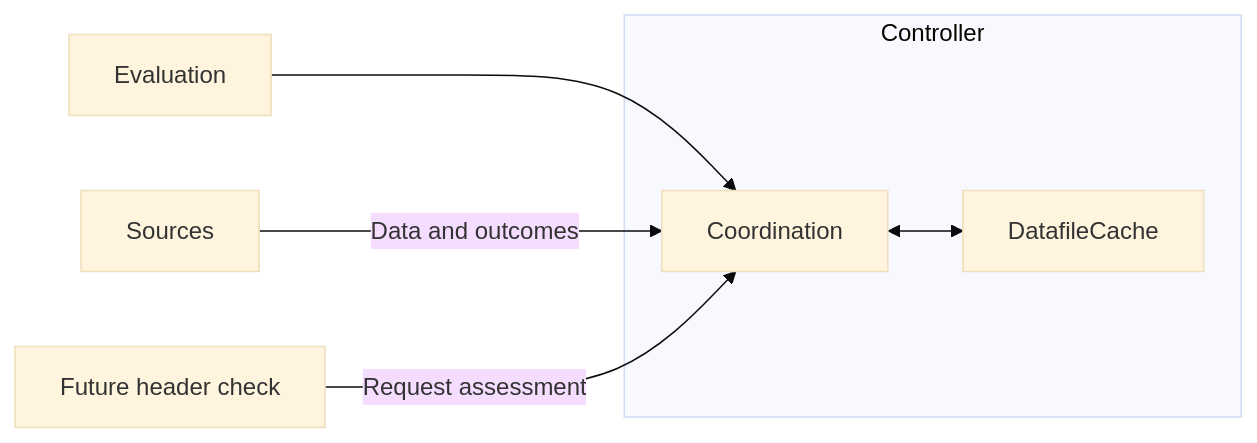
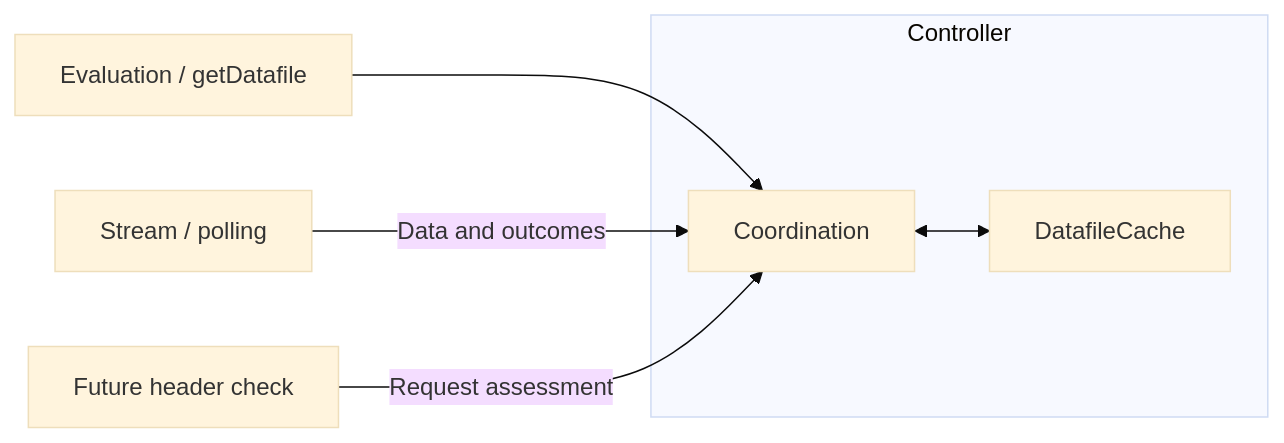
One commit to vercel/flags changed the diagram in packages/vercel-flags-core/src/controller/datafile-cache.md. Above: the diagram before and after it, drawn with Mermaid (base theme). The commit also changed other lines of this file and 9 other files, not shown here.

Commit message:
feat(flags-core): unify stream and polling cache reads

````diff
--- a/packages/vercel-flags-core/src/controller/datafile-cache.md
+++ b/packages/vercel-flags-core/src/controller/datafile-cache.md
@@ -9,9 +9,9 @@
 ```mermaid
 flowchart LR
-    E[Evaluation] --> C
-    S[Sources] -->|Data and outcomes| C
+    E[Evaluation / getDatafile] --> C
+    S[Stream / polling] -->|Data and outcomes| C
     H[Future header check] -->|Request assessment| C
     subgraph Controller
         C[Coordination] <--> K[DatafileCache]
     end
 ```
````
